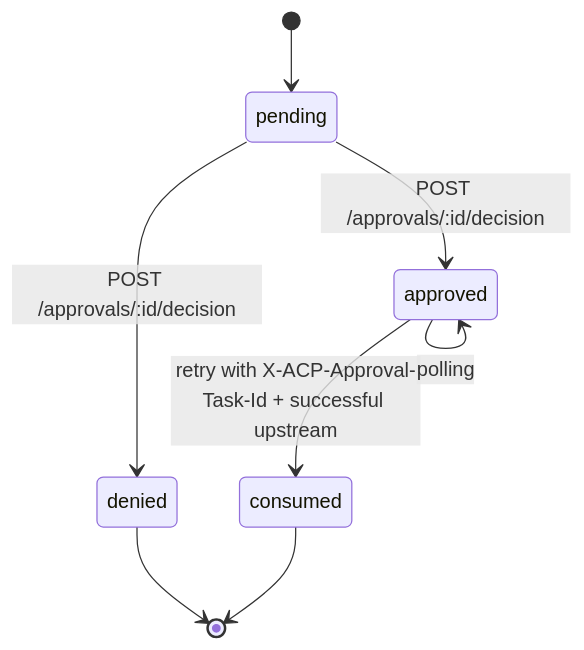
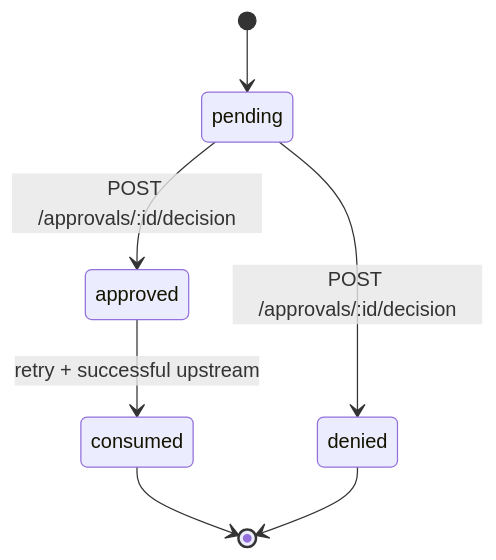
One commit to agent-governance-gateway/monorepo changed the diagram in docs/concepts.md. Above: the diagram before and after it, drawn with Mermaid. The commit also changed other lines of this file and 25 other files, not shown here.

````diff
--- a/docs/concepts.md
+++ b/docs/concepts.md
@@ -74,10 +38,9 @@
 ```mermaid
 stateDiagram-v2
   [*] --> pending
-  pending --> approved: POST /approvals/:id/decision
-  pending --> denied: POST /approvals/:id/decision
-  approved --> consumed: retry with X-ACP-Approval-Task-Id + successful upstream
-  approved --> approved: polling
+  pending --> approved : POST /approvals/:id/decision
+  pending --> denied : POST /approvals/:id/decision
+  approved --> consumed : retry + successful upstream
   consumed --> [*]
   denied --> [*]
 ```
````
